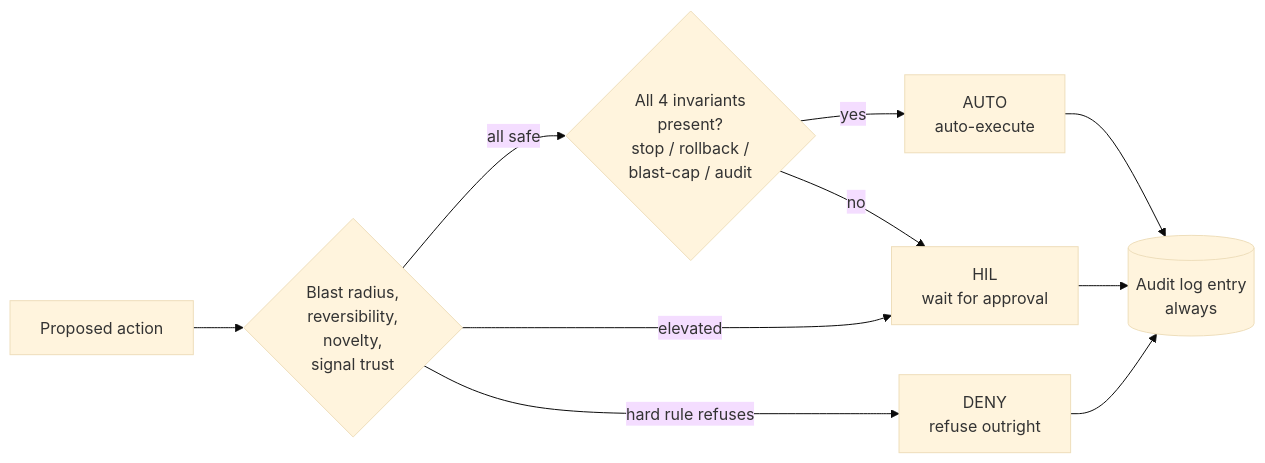
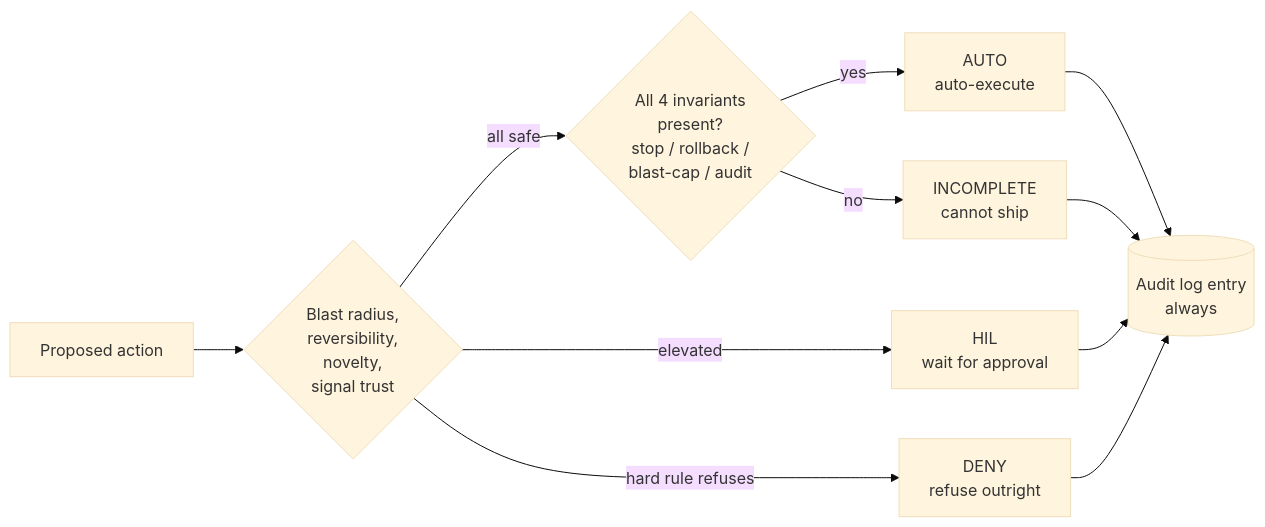
The diagram in docs/user-guide/concepts/risk-tiers.md (dotnetpower/azurewatcher), drawn with Mermaid (base theme) before and after one commit. The commit also changed other lines of this file and 21 other files, not shown here.

````diff
--- a/docs/user-guide/concepts/risk-tiers.md
+++ b/docs/user-guide/concepts/risk-tiers.md
@@ -20,14 +20,16 @@
 ```mermaid
 flowchart LR
   A[Proposed action]
   A --> C{Blast radius,<br/>reversibility,<br/>novelty,<br/>signal trust}
   C -->|all safe| I{All 4 invariants<br/>present?<br/>stop / rollback /<br/>blast-cap / audit}
   C -->|elevated| H
   C -->|hard rule refuses| D
   I -->|yes| AU[AUTO<br/>auto-execute]
-  I -->|no| H[HIL<br/>wait for approval]
+  I -->|no| X[INCOMPLETE<br/>cannot ship]
+  H[HIL<br/>wait for approval]
   D[DENY<br/>refuse outright]
   AU --> AUD[(Audit log entry<br/>always)]
   H --> AUD
   D --> AUD
+  X --> AUD
 ```
````
